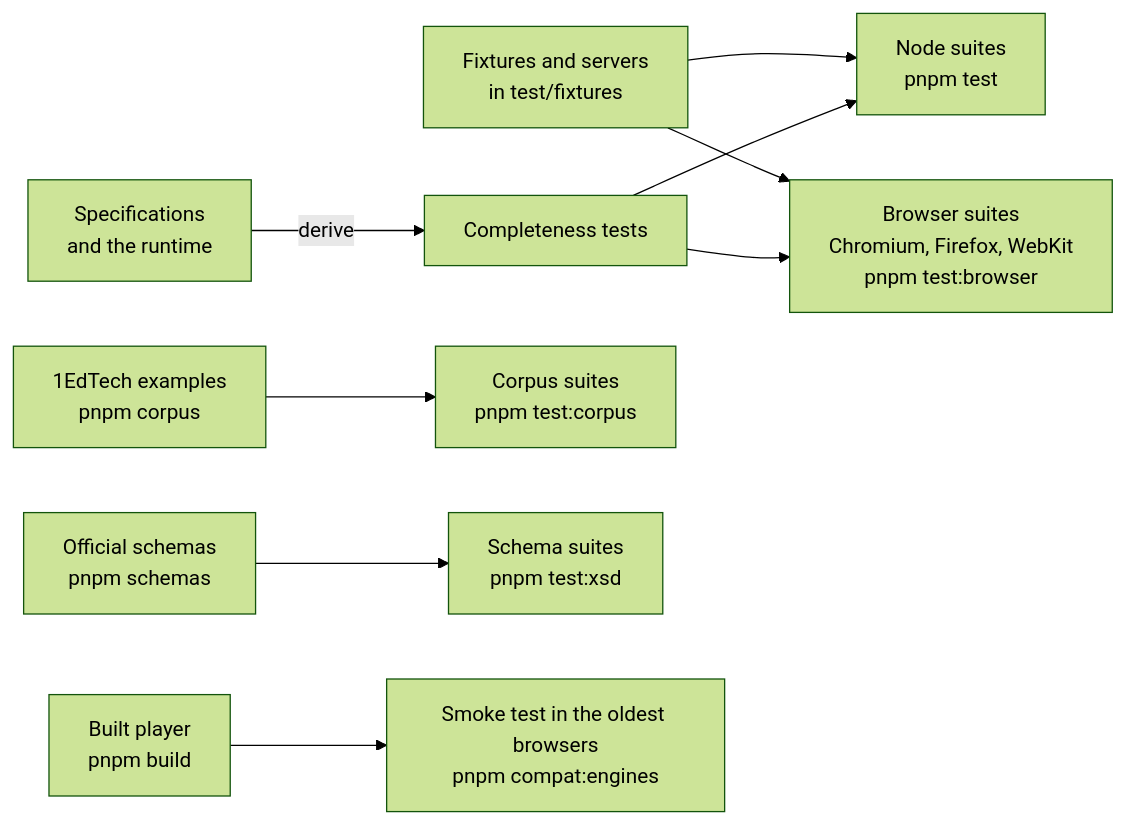
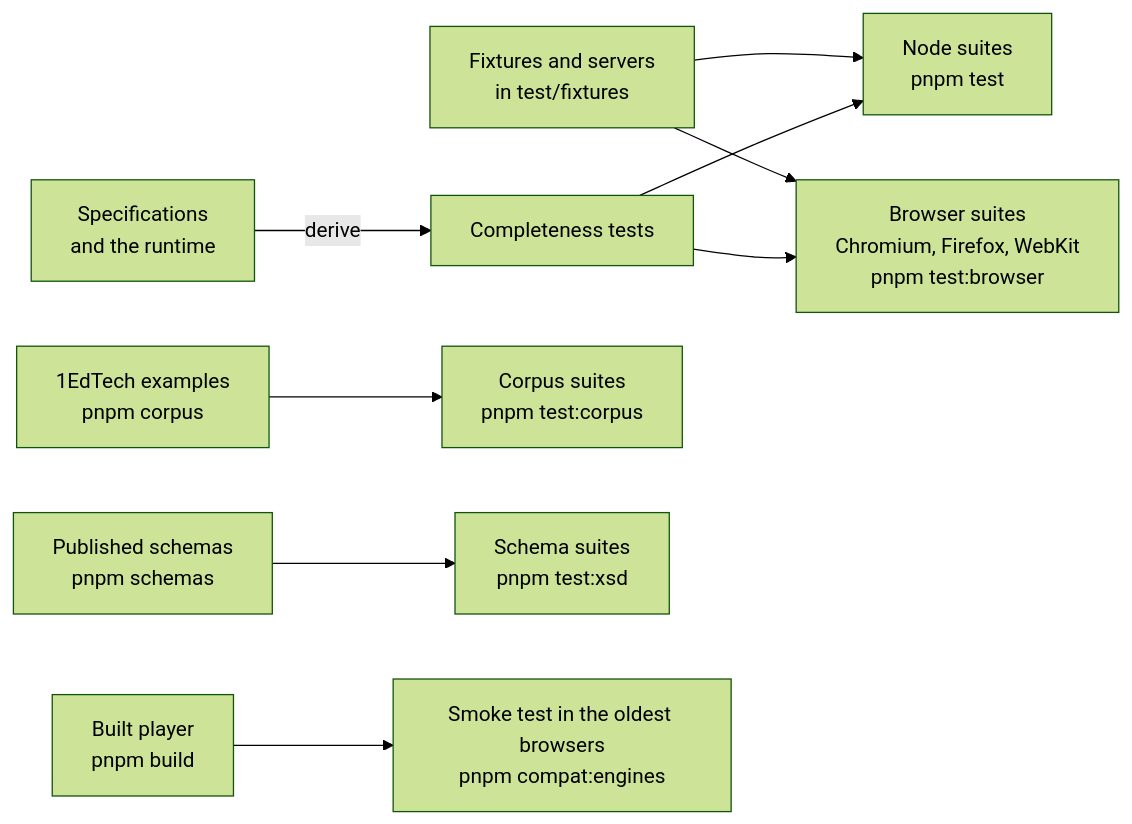
One commit to assesskit/assesskit changed the diagram in docs/player/evidence.md. Above: the diagram before and after it, drawn with Mermaid (forest theme). The commit also changed 46 other files, not shown here.

````diff
--- a/docs/player/evidence.md
+++ b/docs/player/evidence.md
@@ -5,11 +5,11 @@
 ```mermaid
 flowchart LR
   spec["Specifications<br/>and the runtime"] -->|derive| complete["Completeness tests"]
   fixtures["Fixtures and servers<br/>in test/fixtures"] --> node["Node suites<br/>pnpm test"]
   fixtures --> browsers["Browser suites<br/>Chromium, Firefox, WebKit<br/>pnpm test:browser"]
   corpus["1EdTech examples<br/>pnpm corpus"] --> corp["Corpus suites<br/>pnpm test:corpus"]
-  schemas["Official schemas<br/>pnpm schemas"] --> xsd["Schema suites<br/>pnpm test:xsd"]
+  schemas["Published schemas<br/>pnpm schemas"] --> xsd["Schema suites<br/>pnpm test:xsd"]
   built["Built player<br/>pnpm build"] --> engines["Smoke test in the oldest browsers<br/>pnpm compat:engines"]
   complete --> node
   complete --> browsers
 ```
````
